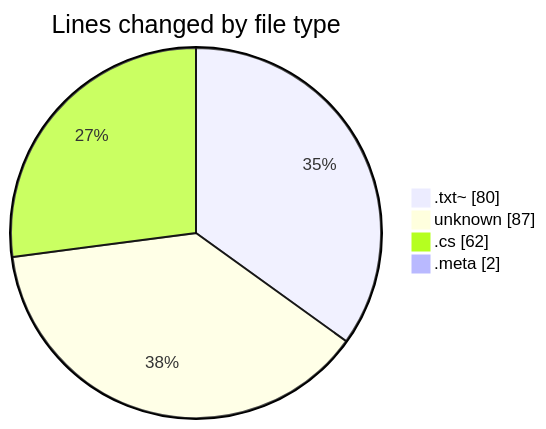
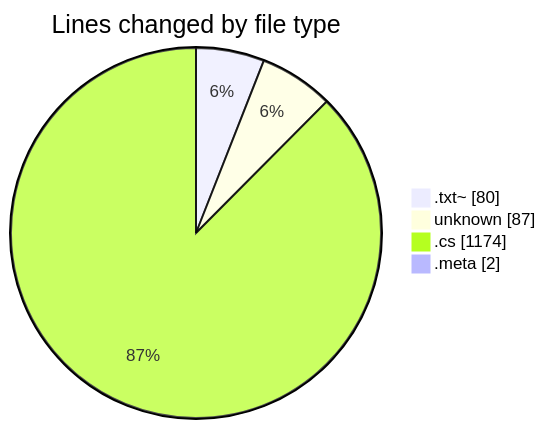
One commit to ernivani/code-tracking changed the first of 2 diagrams in 2024-12-30/rareicon/README.md. Above: the diagram before and after it, drawn with Mermaid. The commit also changed other lines of this file and 2 other files, not shown here.

````diff
--- a/2024-12-30/rareicon/README.md
+++ b/2024-12-30/rareicon/README.md
@@ -23,8 +24,8 @@
 ```mermaid
 pie showData
 title Lines changed by file type
 ".txt~" : 80
 "unknown" : 87
-".cs" : 62
+".cs" : 1174
 ".meta" : 2
 ```
````
